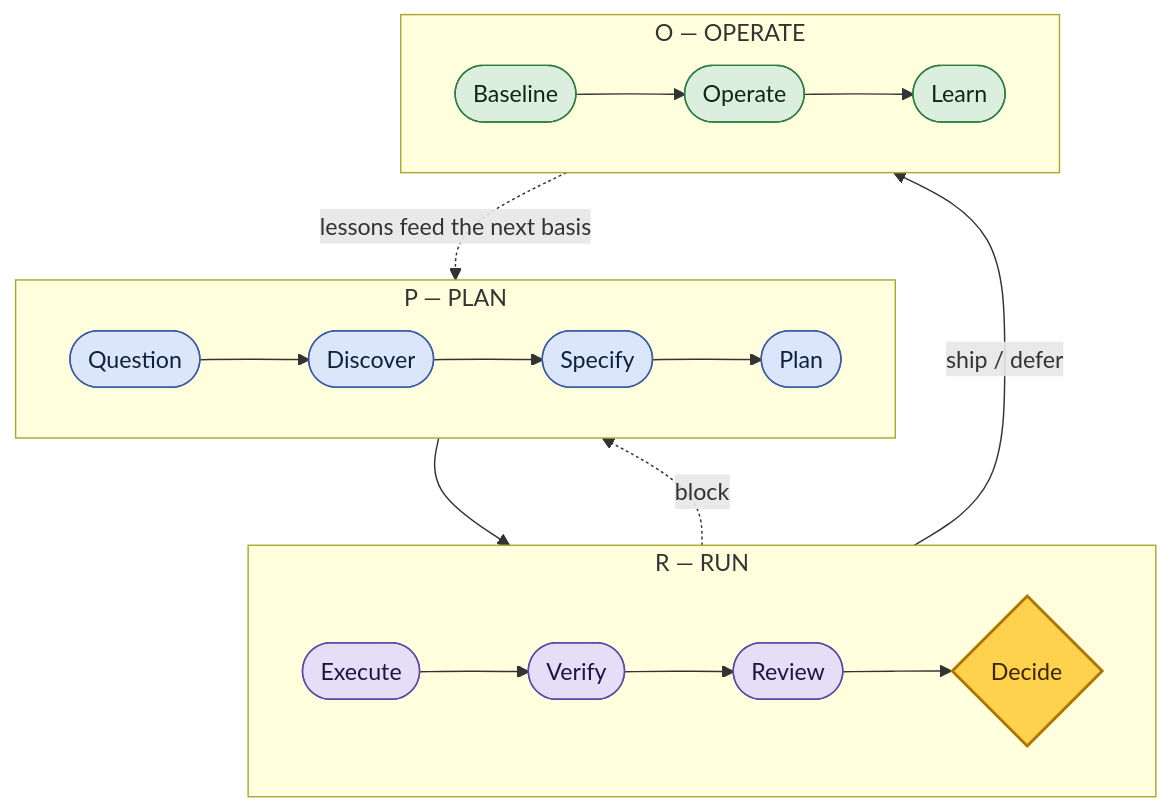
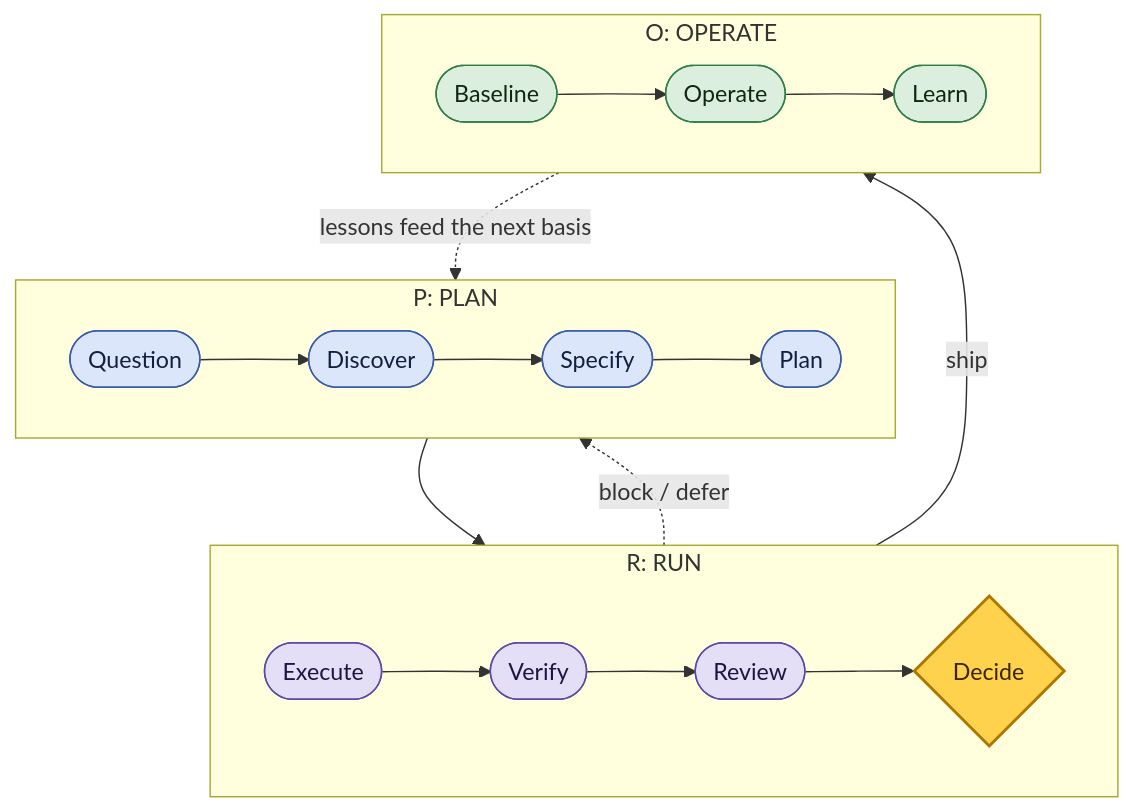
One commit to FlyFission/nuclear-grade-context-engineering changed the second of 5 diagrams in README.md. Above: the diagram before and after it, drawn with Mermaid. The commit also changed other lines of this file and 9 other files, not shown here.

````diff
--- a/README.md
+++ b/README.md
@@ -233,27 +259,27 @@
 ```mermaid
 flowchart TB
   classDef plan fill:#DCE6FA,stroke:#3A5BA8,color:#12203F;
   classDef run fill:#E4DEF7,stroke:#5B49A6,color:#1E1640;
   classDef emb fill:#DCEFDE,stroke:#2E7D45,color:#102810;
   classDef gate fill:#FFD24D,stroke:#B07400,color:#3A2600,stroke-width:2px;
-  subgraph LP["P — PLAN"]
+  subgraph LP["P: PLAN"]
     direction LR
     A1(["Question"]) --> A2(["Discover"]) --> A3(["Specify"]) --> A4(["Plan"])
   end
-  subgraph LRUN["R — RUN"]
+  subgraph LRUN["R: RUN"]
     direction LR
     B1(["Execute"]) --> B2(["Verify"]) --> B3(["Review"]) --> B4{"Decide"}
   end
-  subgraph LOPS["O — OPERATE"]
+  subgraph LOPS["O: OPERATE"]
     direction LR
     C1(["Baseline"]) --> C2(["Operate"]) --> C3(["Learn"])
   end
   A4 --> B1
-  B4 -->|"ship / defer"| C1
-  B4 -.->|"block"| A4
+  B4 -->|"ship"| C1
+  B4 -.->|"block / defer"| A4
   C3 -.->|"lessons feed the next basis"| A1
   class A1,A2,A3,A4 plan
   class B1,B2,B3 run
   class B4 gate
   class C1,C2,C3 emb
 ```
````
